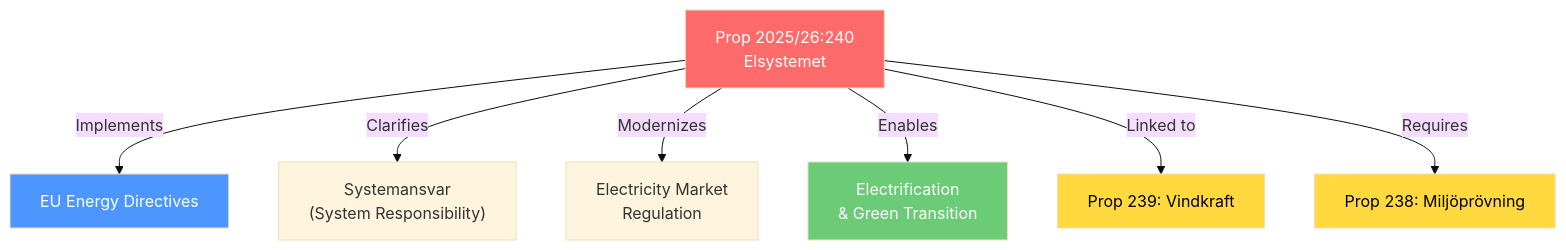
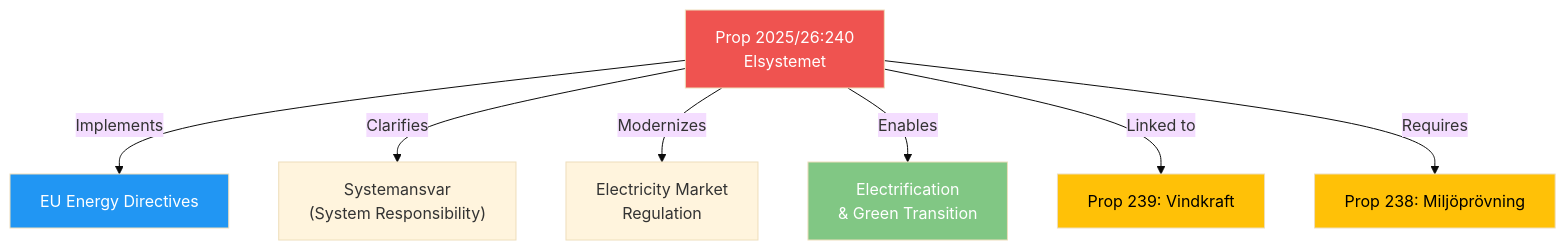
One commit to Hack23/riksdagsmonitor changed the diagram in analysis/daily/2026-04-14/realtime-1526/documents/hd03240-analysis.md. Above: the diagram before and after it, drawn with Mermaid (base theme). The commit also changed 785 other files, not shown here.

First line of the commit message:
Normalize mermaid colors across 786 analysis artifacts to ISMS Style Guide palette

````diff
--- a/analysis/daily/2026-04-14/realtime-1526/documents/hd03240-analysis.md
+++ b/analysis/daily/2026-04-14/realtime-1526/documents/hd03240-analysis.md
@@ -20,14 +20,14 @@
 ```mermaid
 graph TD
     A["Prop 2025/26:240<br/>Elsystemet"] -->|"Implements"| B["EU Energy Directives"]
     A -->|"Clarifies"| C["Systemansvar<br/>(System Responsibility)"]
     A -->|"Modernizes"| D["Electricity Market<br/>Regulation"]
     A -->|"Enables"| E["Electrification<br/>& Green Transition"]
     A -->|"Linked to"| F["Prop 239: Vindkraft"]
     A -->|"Requires"| G["Prop 238: Miljöprövning"]
-    style A fill:#ff6b6b,color:#fff
-    style B fill:#4d96ff,color:#fff
-    style E fill:#6bcb77,color:#fff
-    style F fill:#ffd93d,color:#000
-    style G fill:#ffd93d,color:#000
+    style A fill:#EF5350,color:#FFFFFF
+    style B fill:#2196F3,color:#FFFFFF
+    style E fill:#81C784,color:#FFFFFF
+    style F fill:#FFC107,color:#000000
+    style G fill:#FFC107,color:#000000
 ```
````
